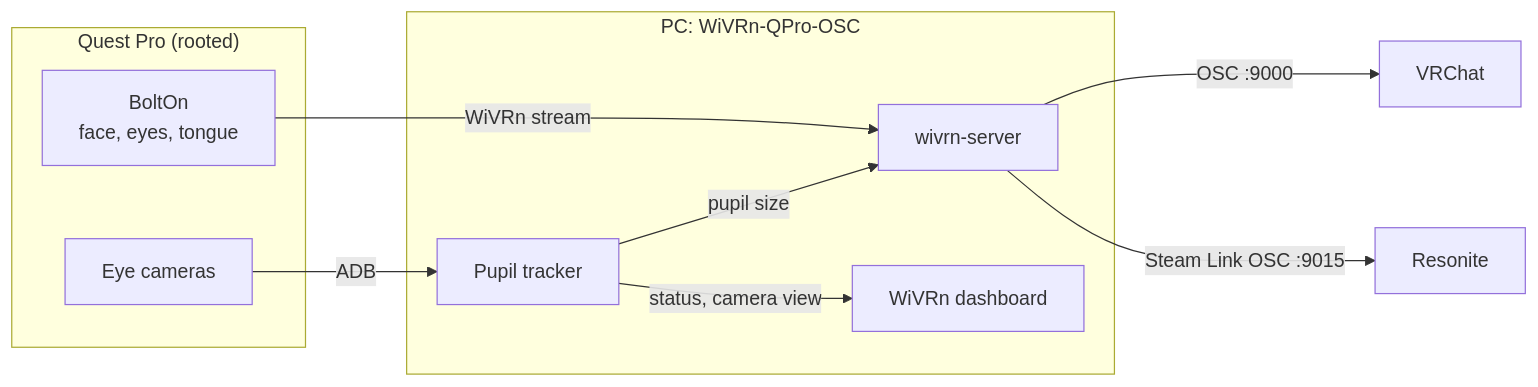
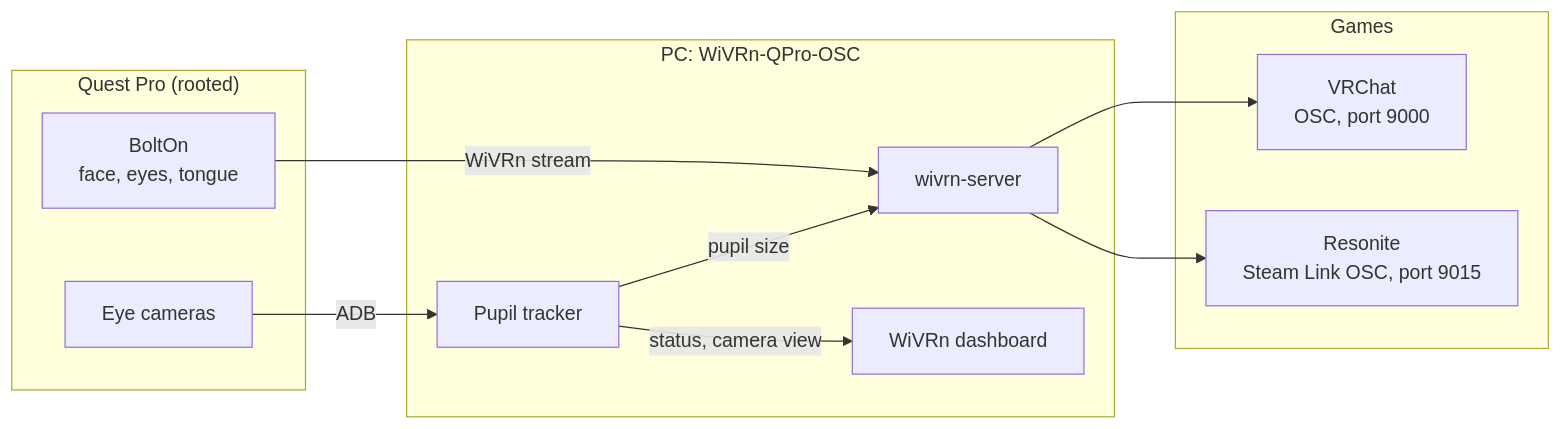
One commit to Seventh-Void/WiVRn-QPro-OSC changed the diagram in README.md. Above: the diagram before and after it, drawn with Mermaid.

Commit message:
README: diagram without overlapping edge labels
Claude-Session: https://claude.ai/code/session_01AUZB4efvZPktM9ZMFP6kRj

````diff
--- a/README.md
+++ b/README.md
@@ -25,18 +25,22 @@
 ```mermaid
 flowchart LR
     subgraph Headset["Quest Pro (rooted)"]
         BoltOn["BoltOn<br/>face, eyes, tongue"]
         Cameras["Eye cameras"]
     end
     subgraph PC["PC: WiVRn-QPro-OSC"]
         Server["wivrn-server"]
         Pupils["Pupil tracker"]
         Dashboard["WiVRn dashboard"]
     end
+    subgraph Games["Games"]
+        VRChat["VRChat<br/>OSC, port 9000"]
+        Resonite["Resonite<br/>Steam Link OSC, port 9015"]
+    end
     BoltOn -- "WiVRn stream" --> Server
     Cameras -- "ADB" --> Pupils
     Pupils -- "pupil size" --> Server
     Pupils -- "status, camera view" --> Dashboard
-    Server -- "OSC :9000" --> VRChat
-    Server -- "Steam Link OSC :9015" --> Resonite
+    Server --> VRChat
+    Server --> Resonite
 ```
````
